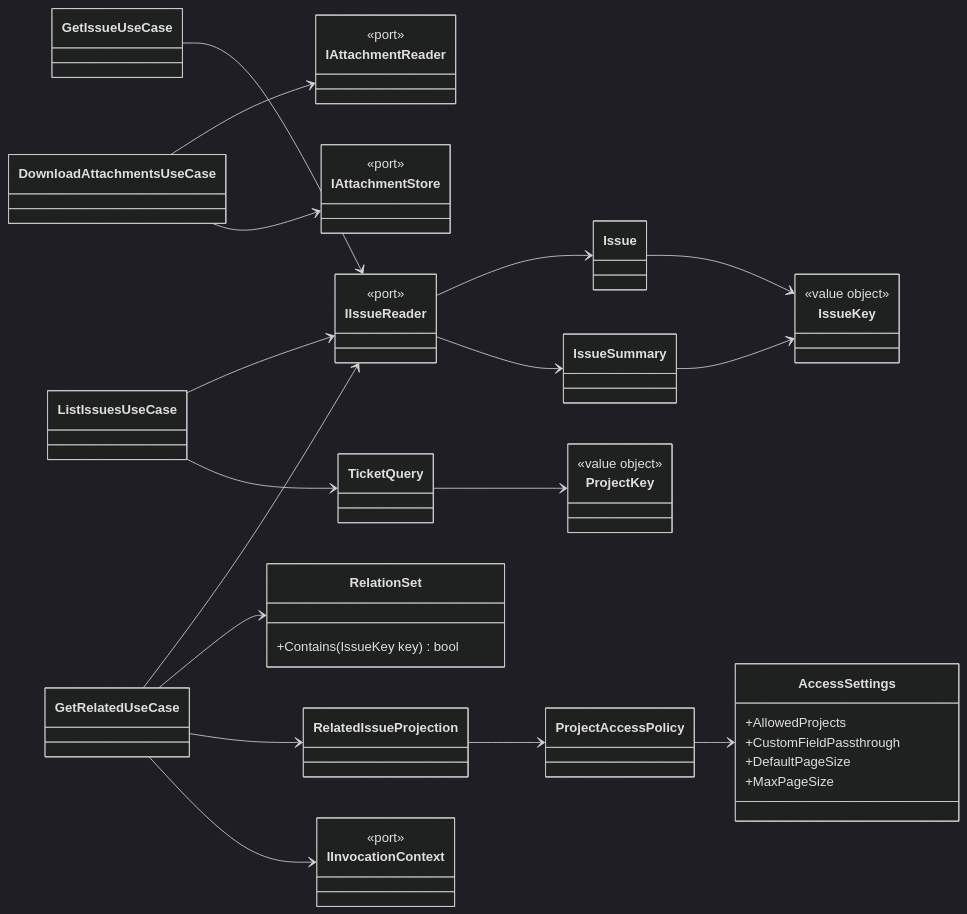
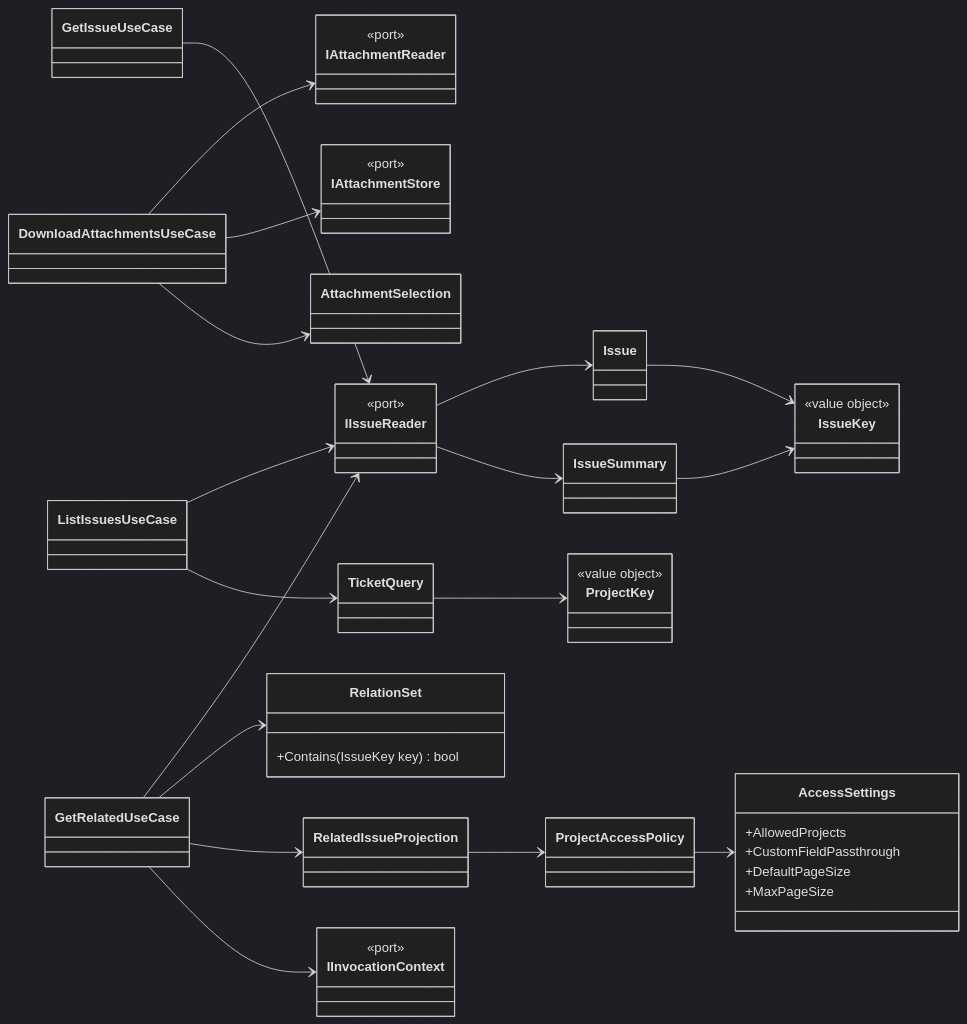
The fifth of 8 diagrams in _bmad-output/planning-artifacts/architecture/architecture-jira-cli-2026-11-01/architecture-explainer.md (mike-sugimoto/jira-cli), drawn with Mermaid (dark theme) before and after one commit. The commit also changed other lines of this file and 5 other files, not shown here.

First line of the commit message:
Update jira-cli architecture from department review

````diff
--- a/_bmad-output/planning-artifacts/architecture/architecture-jira-cli-2026-11-01/architecture-explainer.md
+++ b/_bmad-output/planning-artifacts/architecture/architecture-jira-cli-2026-11-01/architecture-explainer.md
@@ -195,56 +214,58 @@
 ```mermaid
 classDiagram
   direction LR
   class GetIssueUseCase
   class ListIssuesUseCase
   class GetRelatedUseCase
   class DownloadAttachmentsUseCase
   class IIssueReader {
     <<port>>
   }
   class IAttachmentReader {
     <<port>>
   }
   class IAttachmentStore {
     <<port>>
   }
   class IInvocationContext {
     <<port>>
   }
   class Issue
   class IssueSummary
+  class AttachmentSelection
   class TicketQuery
   class RelationSet {
     +Contains(IssueKey key) bool
   }
   class RelatedIssueProjection
   class ProjectAccessPolicy
   class AccessSettings {
     +AllowedProjects
     +CustomFieldPassthrough
     +DefaultPageSize
     +MaxPageSize
   }
   class IssueKey {
     <<value object>>
   }
   class ProjectKey {
     <<value object>>
   }
   GetIssueUseCase --> IIssueReader
   ListIssuesUseCase --> IIssueReader
   ListIssuesUseCase --> TicketQuery
   GetRelatedUseCase --> IIssueReader
   GetRelatedUseCase --> RelationSet
   GetRelatedUseCase --> RelatedIssueProjection
   GetRelatedUseCase --> IInvocationContext
   DownloadAttachmentsUseCase --> IAttachmentReader
   DownloadAttachmentsUseCase --> IAttachmentStore
+  DownloadAttachmentsUseCase --> AttachmentSelection
   IIssueReader --> Issue
   IIssueReader --> IssueSummary
   Issue --> IssueKey
   IssueSummary --> IssueKey
   TicketQuery --> ProjectKey
   ProjectAccessPolicy --> AccessSettings
   RelatedIssueProjection --> ProjectAccessPolicy
 ```
````
